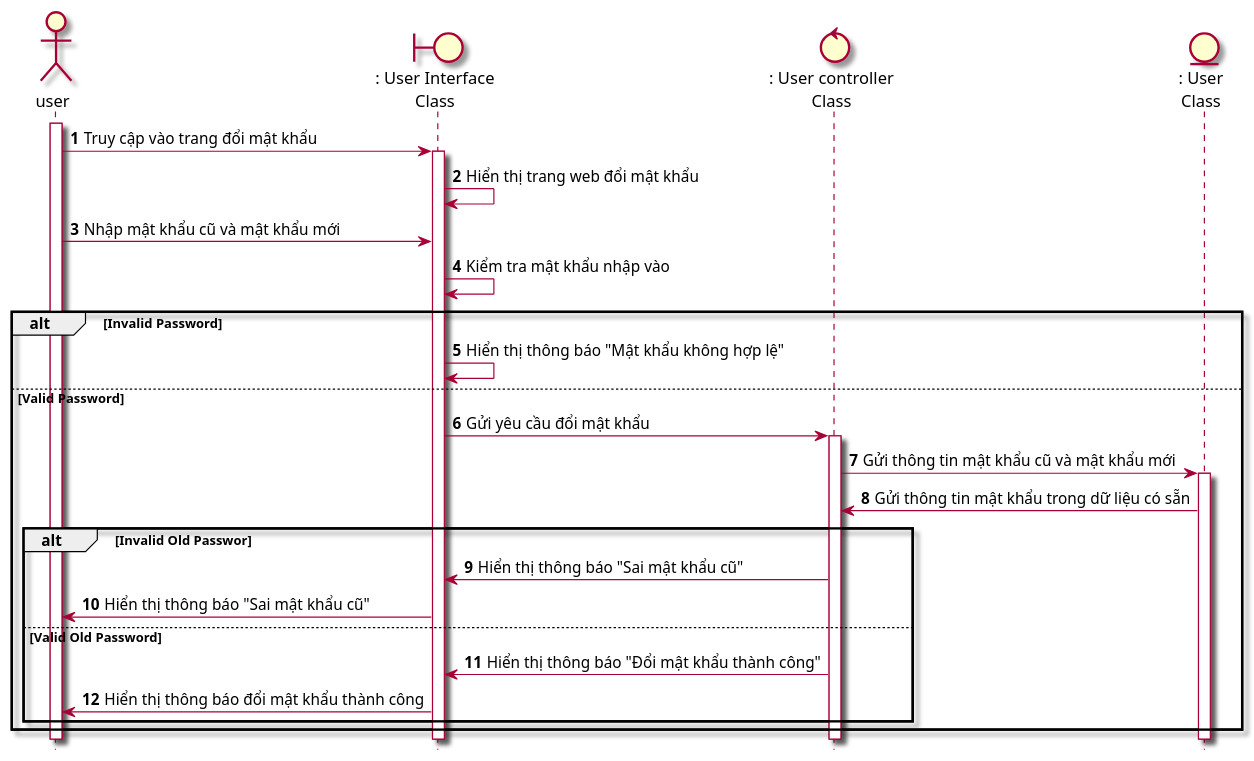
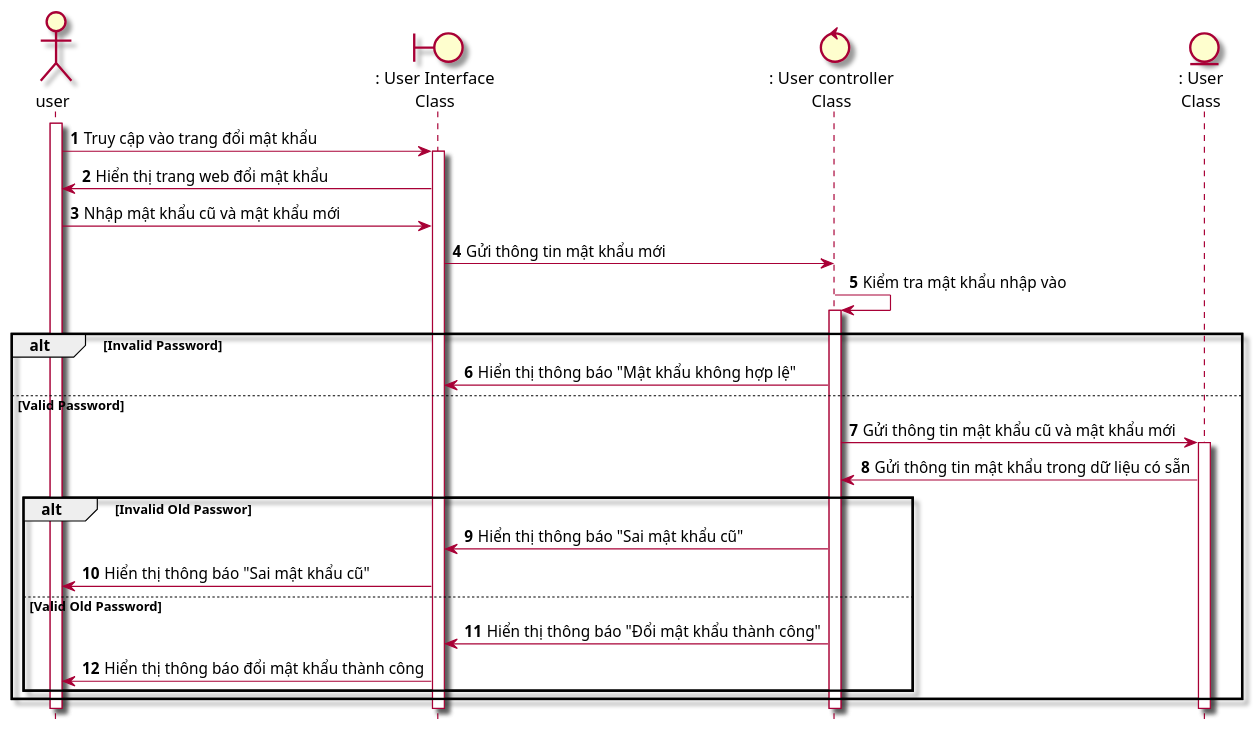
The diagram in Lab1/Lab 1.2 Diagram/Sequence/FilePUML/6.3 SeqDoiMatKhau.puml (Griselda4774/EAS-EmploymentAssistanceSystem), drawn with PlantUML before and after one commit. The commit also changed 12 other files, not shown here.

```diff
--- a/Lab1/Lab 1.2 Diagram/Sequence/FilePUML/6.3 SeqDoiMatKhau.puml
+++ b/Lab1/Lab 1.2 Diagram/Sequence/FilePUML/6.3 SeqDoiMatKhau.puml
@@ -1,28 +1,28 @@
 @startuml SeqDoiMatKhau
 skin rose 
 hide footbox
 actor user 
 boundary userInterface as ": User Interface\nClass"
 control userController as ": User controller\nClass"
 entity User as ": User\nClass"
 autonumber
 user++
 user -> userInterface++: Truy cập vào trang đổi mật khẩu
-userInterface-> userInterface: Hiển thị trang web đổi mật khẩu 
+userInterface-> user: Hiển thị trang web đổi mật khẩu 
 user -> userInterface: Nhập mật khẩu cũ và mật khẩu mới 
-userInterface -> userInterface: Kiểm tra mật khẩu nhập vào 
+userInterface -> userController: Gửi thông tin mật khẩu mới 
+userController -> userController++: Kiểm tra mật khẩu nhập vào 
 alt Invalid Password
-userInterface -> userInterface: Hiển thị thông báo "Mật khẩu không hợp lệ"
+userController -> userInterface: Hiển thị thông báo "Mật khẩu không hợp lệ"
 else Valid Password
-userInterface -> userController++ : Gửi yêu cầu đổi mật khẩu
 userController -> User++: Gửi thông tin mật khẩu cũ và mật khẩu mới
 User -> userController: Gửi thông tin mật khẩu trong dữ liệu có sẵn
 alt Invalid Old Passwor
 userController -> userInterface: Hiển thị thông báo "Sai mật khẩu cũ"
 userInterface -> user: Hiển thị thông báo "Sai mật khẩu cũ"
 else Valid Old Password
 userController -> userInterface: Hiển thị thông báo "Đổi mật khẩu thành công"
 userInterface -> user: Hiển thị thông báo đổi mật khẩu thành công
 end
 end
 @enduml
```
